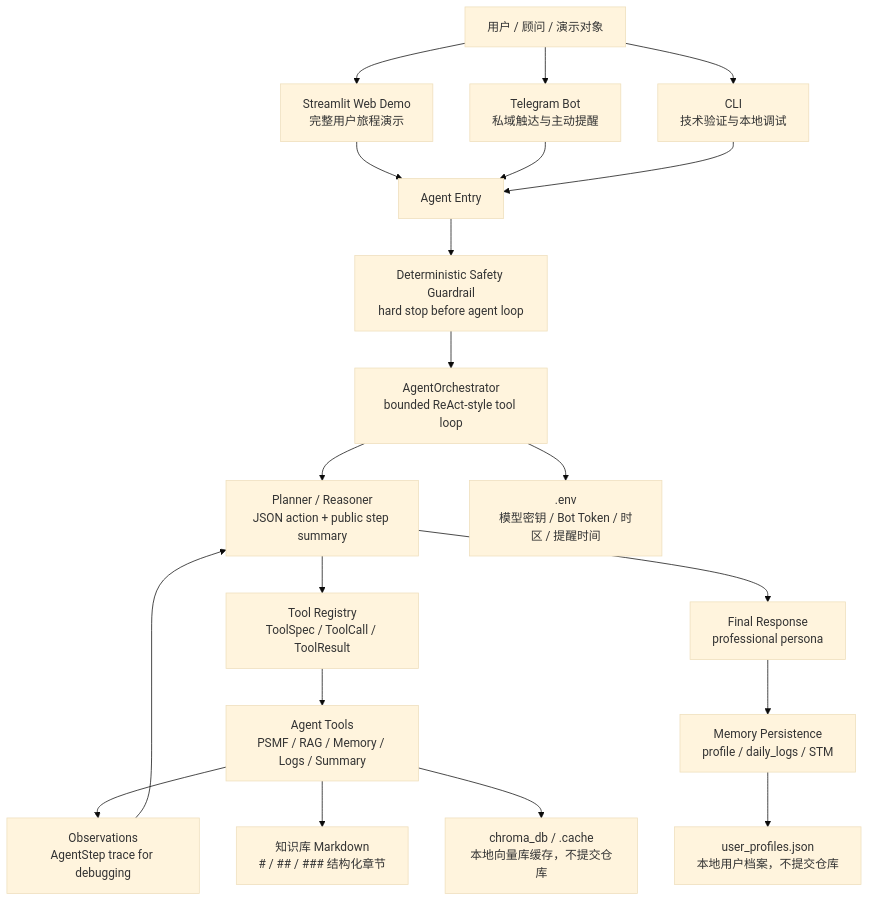
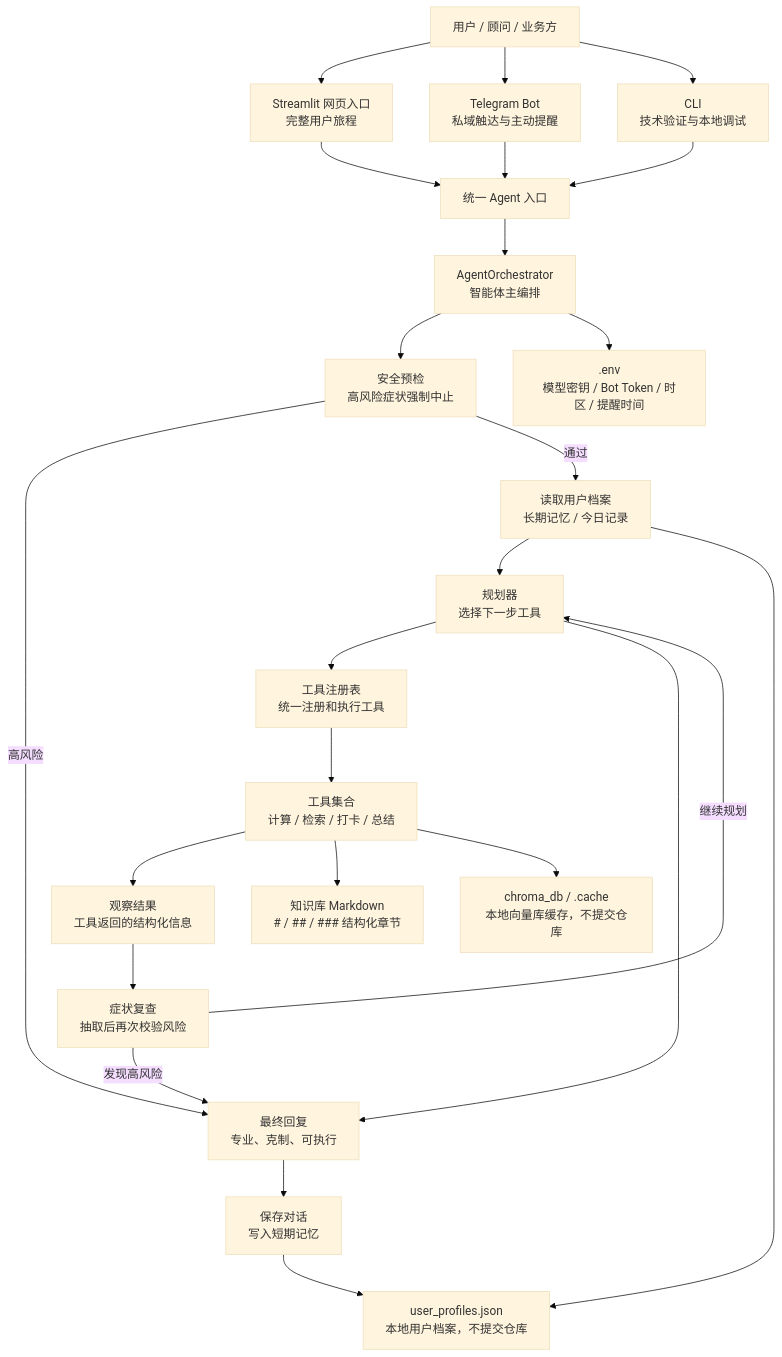
The first of 2 diagrams in README.md (xli561980-ship-it/psmf-agent), drawn with Mermaid (base theme) before and after one commit. The commit also changed other lines of this file and 3 other files, not shown here.

````diff
--- a/README.md
+++ b/README.md
@@ -54,41 +54,48 @@
 ```mermaid
 flowchart TB
-    U["用户 / 顾问 / 演示对象"]
-    WEB["Streamlit Web Demo<br/>完整用户旅程演示"]
+    U["用户 / 顾问 / 业务方"]
+    WEB["Streamlit 网页入口<br/>完整用户旅程"]
     TG["Telegram Bot<br/>私域触达与主动提醒"]
     CLI["CLI<br/>技术验证与本地调试"]
 
-    SAFETY["Deterministic Safety Guardrail<br/>hard stop before agent loop"]
-    ORCH["AgentOrchestrator<br/>bounded ReAct-style tool loop"]
-    PLANNER["Planner / Reasoner<br/>JSON action + public step summary"]
-    REGISTRY["Tool Registry<br/>ToolSpec / ToolCall / ToolResult"]
-    TOOLS["Agent Tools<br/>PSMF / RAG / Memory / Logs / Summary"]
-    OBS["Observations<br/>AgentStep trace for debugging"]
-    FINAL["Final Response<br/>professional persona"]
-    MEMORY["Memory Persistence<br/>profile / daily_logs / STM"]
+    ORCH["AgentOrchestrator<br/>智能体主编排"]
+    SAFETY["安全预检<br/>高风险症状强制中止"]
+    PROFILE_LOAD["读取用户档案<br/>长期记忆 / 今日记录"]
+    PLANNER["规划器<br/>选择下一步工具"]
+    REGISTRY["工具注册表<br/>统一注册和执行工具"]
+    TOOLS["工具集合<br/>计算 / 检索 / 打卡 / 总结"]
+    OBS["观察结果<br/>工具返回的结构化信息"]
+    POST_SAFETY["症状复查<br/>抽取后再次校验风险"]
+    FINAL["最终回复<br/>专业、克制、可执行"]
+    SAVE["保存对话<br/>写入短期记忆"]
 
     KB["知识库 Markdown<br/># / ## / ### 结构化章节"]
     PROFILE["user_profiles.json<br/>本地用户档案，不提交仓库"]
     ENV[".env<br/>模型密钥 / Bot Token / 时区 / 提醒时间"]
     CACHE["chroma_db / .cache<br/>本地向量库缓存，不提交仓库"]
 
     U --> WEB
     U --> TG
     U --> CLI
     WEB --> AGENT
     TG --> AGENT
     CLI --> AGENT
-    AGENT["Agent Entry"] --> SAFETY
-    SAFETY --> ORCH
-    ORCH --> PLANNER
+    AGENT["统一 Agent 入口"] --> ORCH
+    ORCH --> SAFETY
+    SAFETY -->|"高风险"| FINAL
+    SAFETY -->|"通过"| PROFILE_LOAD
+    PROFILE_LOAD --> PLANNER
     PLANNER --> REGISTRY
     REGISTRY --> TOOLS
     TOOLS --> OBS
-    OBS --> PLANNER
+    OBS --> POST_SAFETY
+    POST_SAFETY -->|"发现高风险"| FINAL
+    POST_SAFETY -->|"继续规划"| PLANNER
     PLANNER --> FINAL
-    FINAL --> MEMORY
+    FINAL --> SAVE
     TOOLS --> KB
     TOOLS --> CACHE
-    MEMORY --> PROFILE
+    PROFILE_LOAD --> PROFILE
+    SAVE --> PROFILE
     ORCH --> ENV
 ```
````
